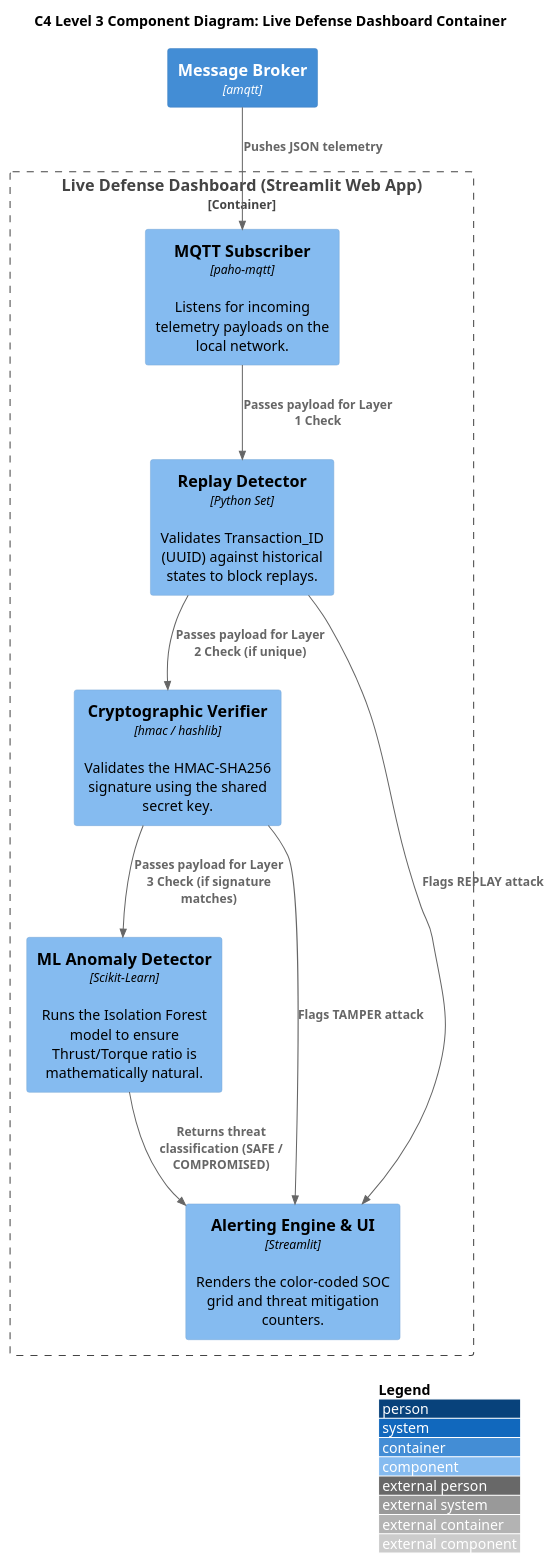
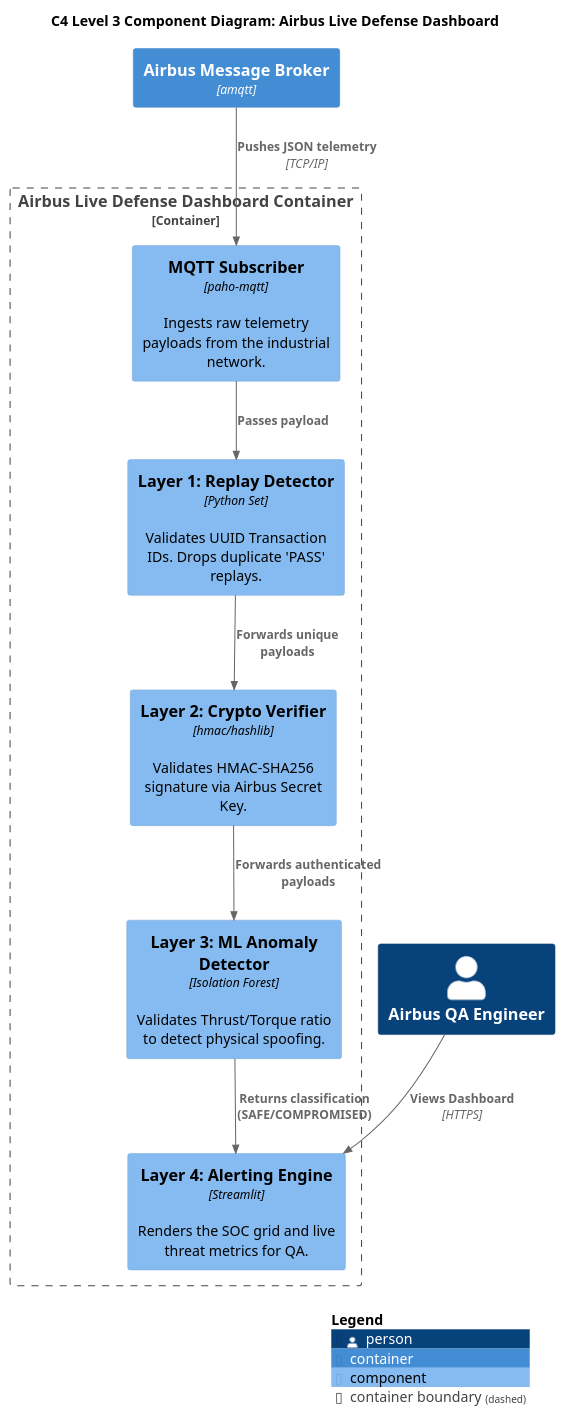
The diagram in diagrams/C4_Component.puml (metgudV/CyberSecurity), drawn with PlantUML before and after one commit.

Commit message:
Revise C4 Component Diagram for Airbus Dashboard

```diff
--- a/diagrams/C4_Component.puml
+++ b/diagrams/C4_Component.puml
@@ -1,25 +1,25 @@
 @startuml
 !include https://raw.githubusercontent.com/plantuml-stdlib/C4-PlantUML/master/C4_Component.puml
-LAYOUT_WITH_LEGEND()
 
-title C4 Level 3 Component Diagram: Live Defense Dashboard Container
+title C4 Level 3 Component Diagram: Airbus Live Defense Dashboard
 
-Container_Boundary(dashboard, "Live Defense Dashboard (Streamlit Web App)") {
-    Component(mqttSub, "MQTT Subscriber", "paho-mqtt", "Listens for incoming telemetry payloads on the local network.")
-    Component(replayDetector, "Replay Detector", "Python Set", "Validates Transaction_ID (UUID) against historical states to block replays.")
-    Component(cryptoVerifier, "Cryptographic Verifier", "hmac / hashlib", "Validates the HMAC-SHA256 signature using the shared secret key.")
-    Component(physicsValidator, "ML Anomaly Detector", "Scikit-Learn", "Runs the Isolation Forest model to ensure Thrust/Torque ratio is mathematically natural.")
-    Component(uiRenderer, "Alerting Engine & UI", "Streamlit", "Renders the color-coded SOC grid and threat mitigation counters.")
+Container_Boundary(dashboard, "Airbus Live Defense Dashboard Container") {
+    Component(mqttSub, "MQTT Subscriber", "paho-mqtt", "Ingests raw telemetry payloads from the industrial network.")
+    Component(replayDetector, "Layer 1: Replay Detector", "Python Set", "Validates UUID Transaction IDs. Drops duplicate 'PASS' replays.")
+    Component(cryptoVerifier, "Layer 2: Crypto Verifier", "hmac/hashlib", "Validates HMAC-SHA256 signature via Airbus Secret Key.")
+    Component(physicsValidator, "Layer 3: ML Anomaly Detector", "Isolation Forest", "Validates Thrust/Torque ratio to detect physical spoofing.")
+    Component(uiRenderer, "Layer 4: Alerting Engine", "Streamlit", "Renders the SOC grid and live threat metrics for QA.")
 }
 
-Container(mqttBroker, "Message Broker", "amqtt")
+Container(mqttBroker, "Airbus Message Broker", "amqtt")
+Person(qaEngineer, "Airbus QA Engineer")
 
-Rel(mqttBroker, mqttSub, "Pushes JSON telemetry")
-Rel(mqttSub, replayDetector, "Passes payload for Layer 1 Check")
-Rel(replayDetector, cryptoVerifier, "Passes payload for Layer 2 Check (if unique)")
-Rel(cryptoVerifier, physicsValidator, "Passes payload for Layer 3 Check (if signature matches)")
-Rel(physicsValidator, uiRenderer, "Returns threat classification (SAFE / COMPROMISED)")
-Rel(replayDetector, uiRenderer, "Flags REPLAY attack")
-Rel(cryptoVerifier, uiRenderer, "Flags TAMPER attack")
+Rel(mqttBroker, mqttSub, "Pushes JSON telemetry", "TCP/IP")
+Rel(mqttSub, replayDetector, "Passes payload")
+Rel(replayDetector, cryptoVerifier, "Forwards unique payloads")
+Rel(cryptoVerifier, physicsValidator, "Forwards authenticated payloads")
+Rel(physicsValidator, uiRenderer, "Returns classification (SAFE/COMPROMISED)")
+Rel(qaEngineer, uiRenderer, "Views Dashboard", "HTTPS")
 
+SHOW_LEGEND()
 @enduml
```
